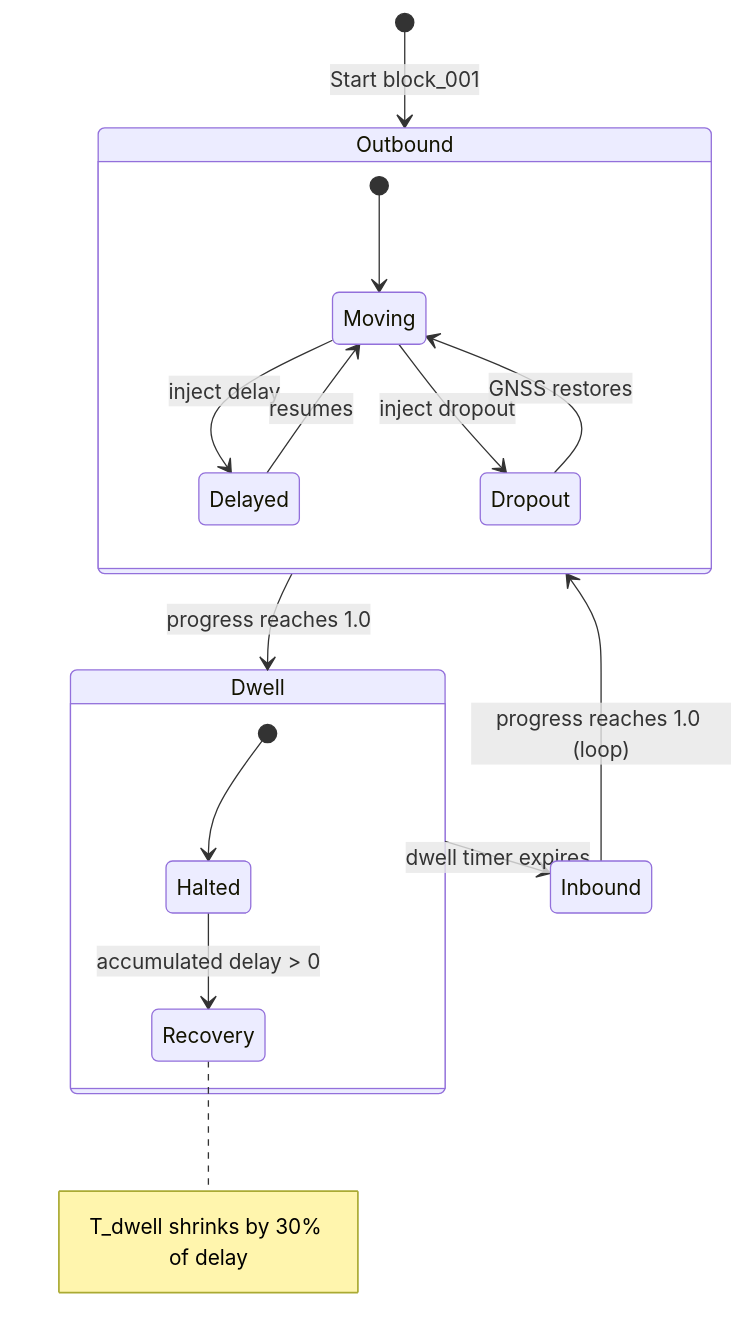
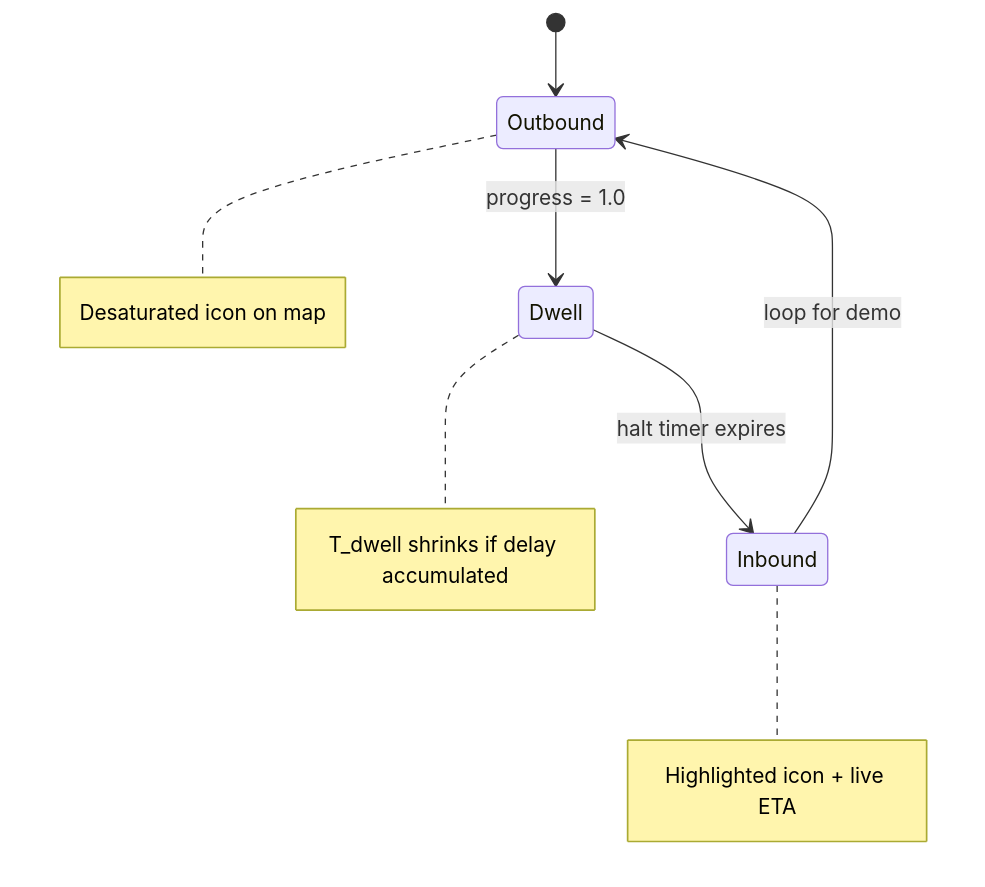
The second of 2 diagrams in README.md (SrivarsanK/SIH-inthack-2026), drawn with Mermaid before and after one commit. The commit also changed other lines of this file and 1 other file, not shown here.

Commit message:
style(docs): redesign mermaid flowcharts for clean layout and visual clarity

````diff
--- a/README.md
+++ b/README.md
@@ -65,21 +46,11 @@
 ```mermaid
 stateDiagram-v2
-    [*] --> Outbound : Start block_001
-    Outbound --> Dwell : progress reaches 1.0
-    Dwell --> Inbound : dwell timer expires
-    Inbound --> Outbound : progress reaches 1.0 (loop)
+    [*] --> Outbound
+    Outbound --> Dwell : progress = 1.0
+    Dwell --> Inbound : halt timer expires
+    Inbound --> Outbound : loop for demo
 
-    state Outbound {
-        [*] --> Moving
-        Moving --> Delayed : inject delay
-        Moving --> Dropout : inject dropout
-        Delayed --> Moving : resumes
-        Dropout --> Moving : GNSS restores
-    }
-
-    state Dwell {
-        [*] --> Halted
-        Halted --> Recovery : accumulated delay > 0
-        note right of Recovery : T_dwell shrinks by 30% of delay
-    }
+    note right of Outbound : Desaturated icon on map
+    note right of Dwell : T_dwell shrinks if delay accumulated
+    note right of Inbound : Highlighted icon + live ETA
 ```
````
